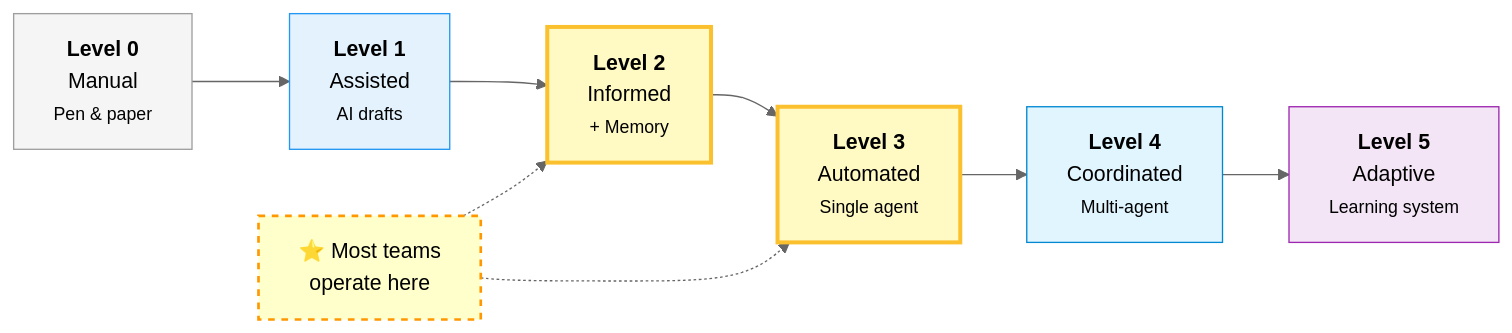
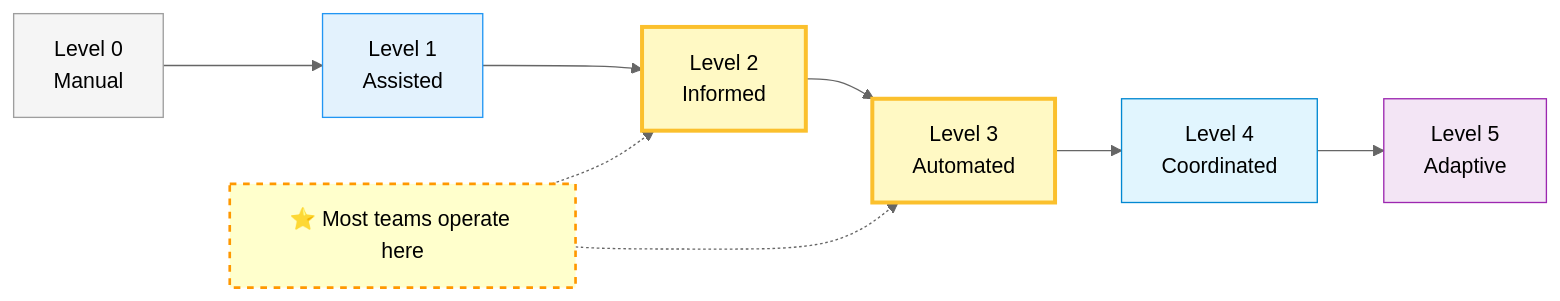
One commit to Nebulock-Inc/agentic-threat-hunting-framework changed the second of 2 diagrams in README.md. Above: the diagram before and after it, drawn with Mermaid (neutral theme). The commit also changed other lines of this file, not shown here.

Commit message:
Simplified both Mermaid diagrams to fix the text cutoff issue.

````diff
--- a/README.md
+++ b/README.md
@@ -112,28 +112,28 @@
 ```mermaid
 graph LR
-    L0["<b>Level 0</b><br/>Manual<br/><small>Pen & paper</small>"]
-    L1["<b>Level 1</b><br/>Assisted<br/><small>AI drafts</small>"]
-    L2["<b>Level 2</b><br/>Informed<br/><small>+ Memory</small>"]
-    L3["<b>Level 3</b><br/>Automated<br/><small>Single agent</small>"]
-    L4["<b>Level 4</b><br/>Coordinated<br/><small>Multi-agent</small>"]
-    L5["<b>Level 5</b><br/>Adaptive<br/><small>Learning system</small>"]
+    L0["Level 0<br/>Manual"]
+    L1["Level 1<br/>Assisted"]
+    L2["Level 2<br/>Informed"]
+    L3["Level 3<br/>Automated"]
+    L4["Level 4<br/>Coordinated"]
+    L5["Level 5<br/>Adaptive"]
 
     L0 --> L1
     L1 --> L2
     L2 --> L3
     L3 --> L4
     L4 --> L5
 
     style L0 fill:#f5f5f5,stroke:#9e9e9e
     style L1 fill:#e3f2fd,stroke:#2196f3
     style L2 fill:#fff9c4,stroke:#fbc02d,stroke-width:3px
     style L3 fill:#fff9c4,stroke:#fbc02d,stroke-width:3px
     style L4 fill:#e1f5fe,stroke:#0288d1
     style L5 fill:#f3e5f5,stroke:#9c27b0
 
-    Sweet["⭐ Most teams<br/>operate here"]
+    Sweet["⭐ Most teams operate here"]
     Sweet -.-> L2
     Sweet -.-> L3
 
     style Sweet fill:#ffffcc,stroke:#ff9800,stroke-width:2px,stroke-dasharray: 5 5
 ```
````
